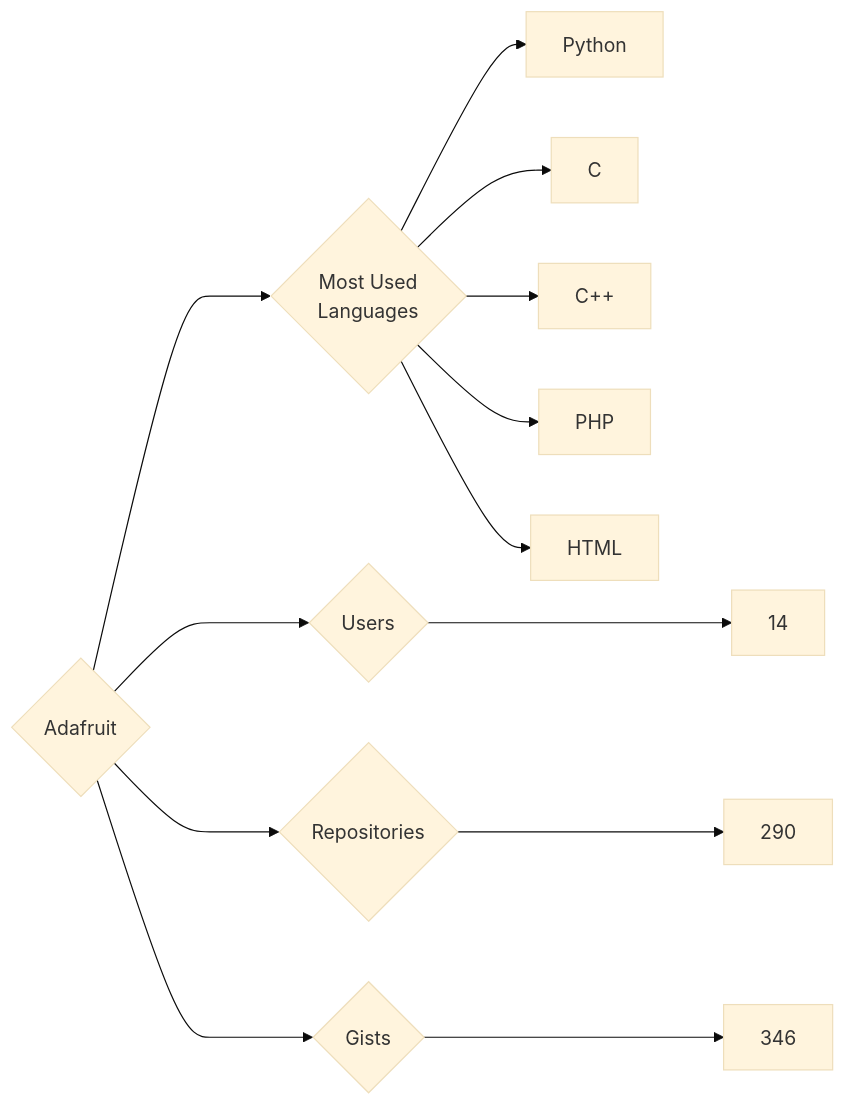
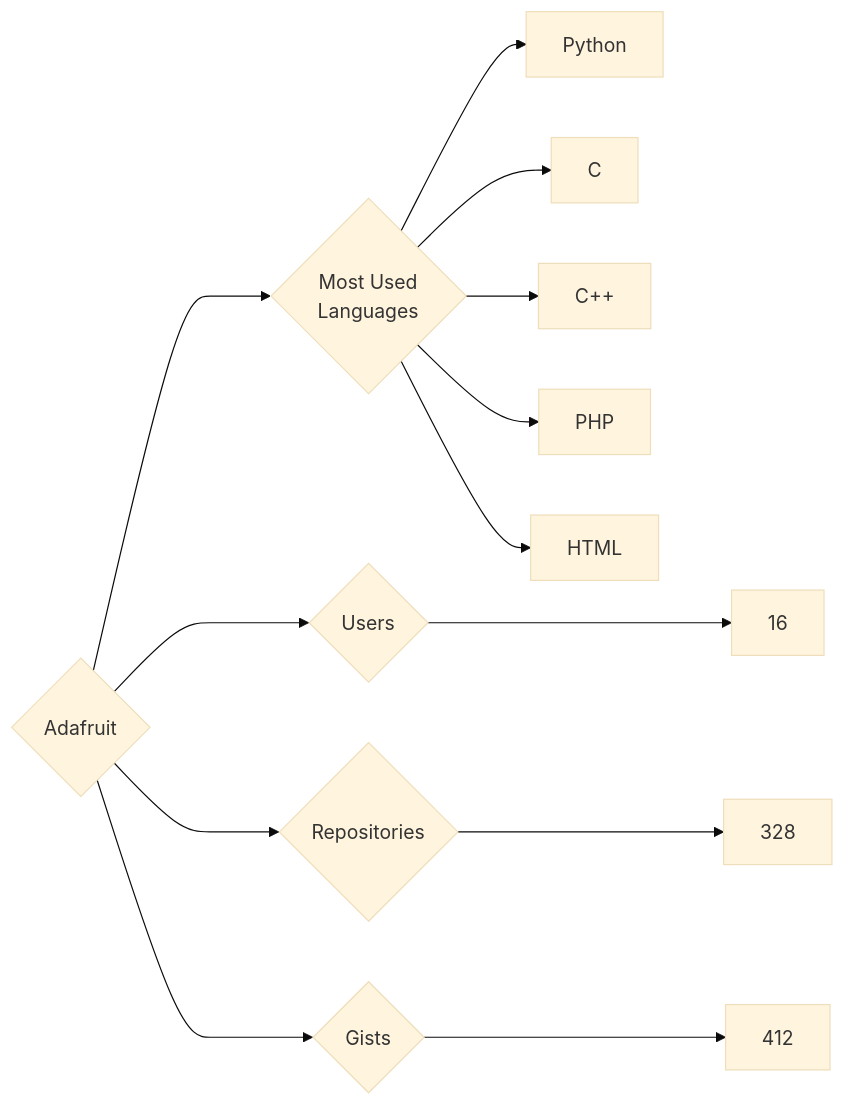
One commit to trickest/insiders changed the diagram in targets/Adafruit/README.md. Above: the diagram before and after it, drawn with Mermaid (base theme). The commit also changed 837 other files, not shown here.

````diff
--- a/targets/Adafruit/README.md
+++ b/targets/Adafruit/README.md
@@ -3,13 +3,13 @@
 ```mermaid
 graph LR
 COMPANY_NAME{Adafruit}
-COMPANY_NAME ---> U{Users} ---> UN[14]
-COMPANY_NAME ---> R{Repositories} ---> RN[290]
-COMPANY_NAME ---> G{Gists} ---> GN[346]
+COMPANY_NAME ---> U{Users} ---> UN[16]
+COMPANY_NAME ---> R{Repositories} ---> RN[328]
+COMPANY_NAME ---> G{Gists} ---> GN[412]
 COMPANY_NAME ---> ML{Most Used<br>Languages}
 ML --> Python[Python]
 ML --> C[C]
 ML --> C++[C++]
 ML --> PHP[PHP]
 ML --> HTML[HTML]
 ```
````
